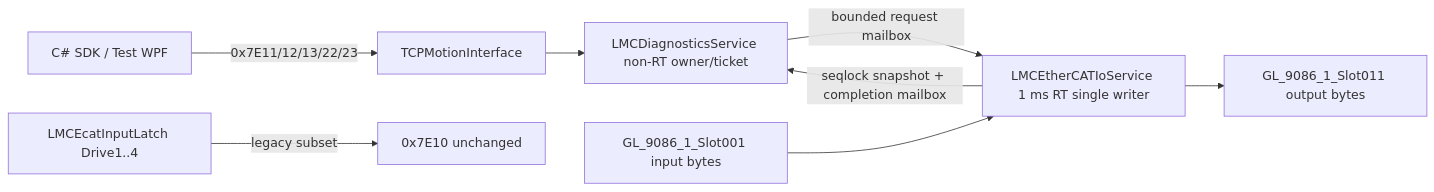
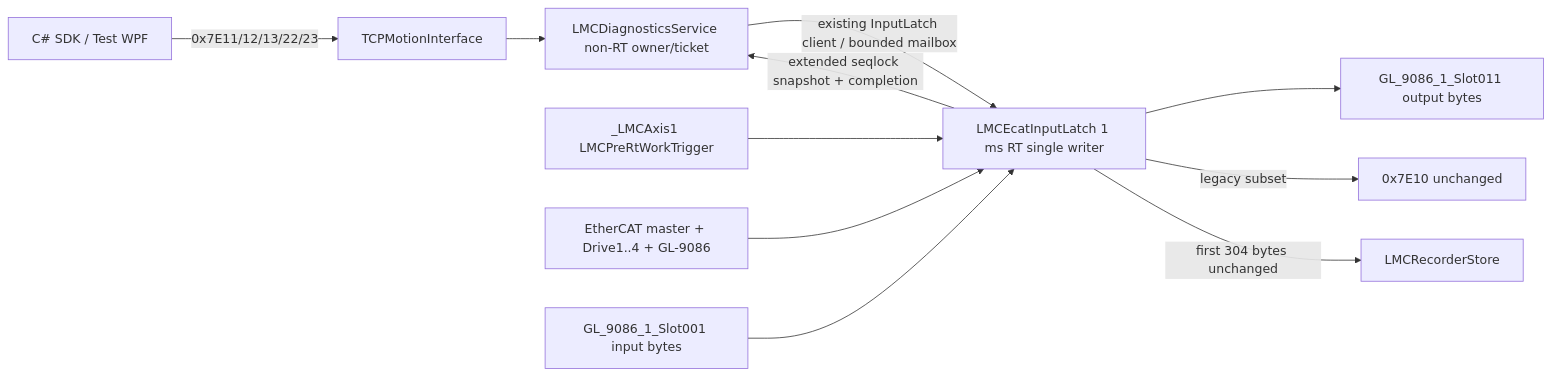
One commit to dreiven61/Elmo_Master changed the diagram in docs/architecture/LMC_ETHERCAT_TOPOLOGY_AND_IO_API_DESIGN_2026-07-27.md. Above: the diagram before and after it, drawn with Mermaid. The commit also changed other lines of this file and 36 other files, not shown here.

Commit message:
docs(architecture): update implementation and validation status

````diff
--- a/docs/architecture/LMC_ETHERCAT_TOPOLOGY_AND_IO_API_DESIGN_2026-07-27.md
+++ b/docs/architecture/LMC_ETHERCAT_TOPOLOGY_AND_IO_API_DESIGN_2026-07-27.md
@@ -511,10 +592,13 @@
 ```mermaid
 flowchart LR
     PC["C# SDK / Test WPF"] -->|"0x7E11/12/13/22/23"| TCP["TCPMotionInterface"]
     TCP --> DIAG["LMCDiagnosticsService non-RT owner/ticket"]
-    DIAG -->|"bounded request mailbox"| IO["LMCEtherCATIoService 1 ms RT single writer"]
-    GLIN["GL_9086_1_Slot001 input bytes"] --> IO
-    IO --> GLOUT["GL_9086_1_Slot011 output bytes"]
-    IO -->|"seqlock snapshot + completion mailbox"| DIAG
-    LATCH["LMCEcatInputLatch Drive1..4"] -->|"legacy subset"| H["0x7E10 unchanged"]
+    DIAG -->|"existing InputLatch client / bounded mailbox"| LATCH["LMCEcatInputLatch 1 ms RT single writer"]
+    AXIS["_LMCAxis1 LMCPreRtWorkTrigger"] --> LATCH
+    MASTER["EtherCAT master + Drive1..4 + GL-9086"] --> LATCH
+    GLIN["GL_9086_1_Slot001 input bytes"] --> LATCH
+    LATCH --> GLOUT["GL_9086_1_Slot011 output bytes"]
+    LATCH -->|"extended seqlock snapshot + completion"| DIAG
+    LATCH -->|"legacy subset"| H["0x7E10 unchanged"]
+    LATCH -->|"first 304 bytes unchanged"| REC["LMCRecorderStore"]
 ```
````
